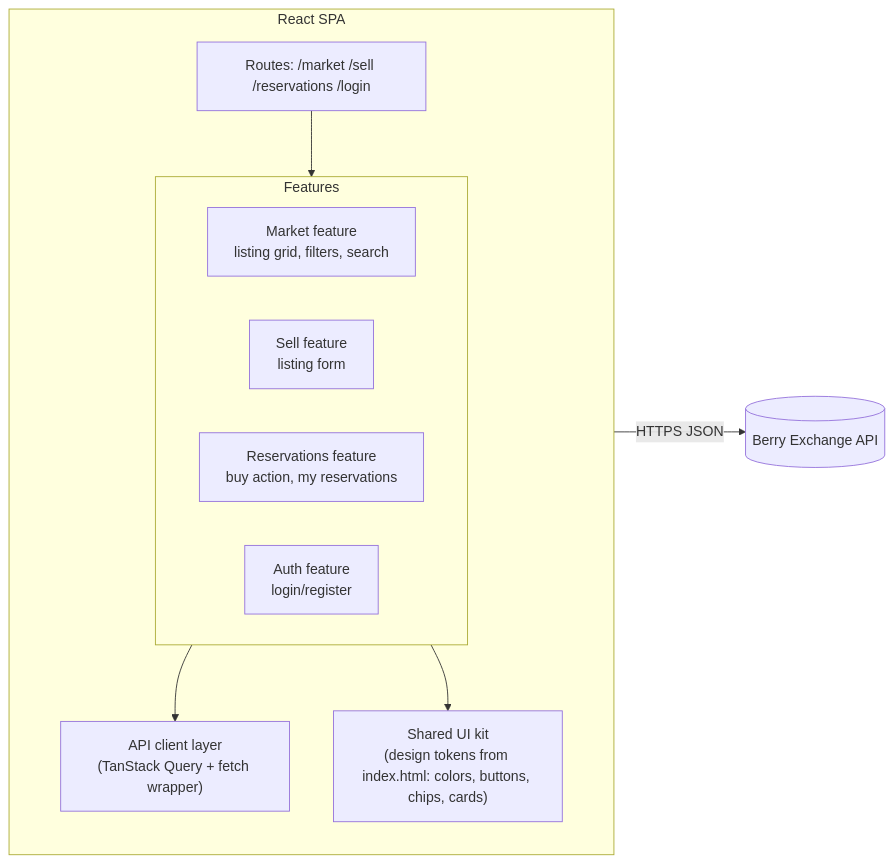
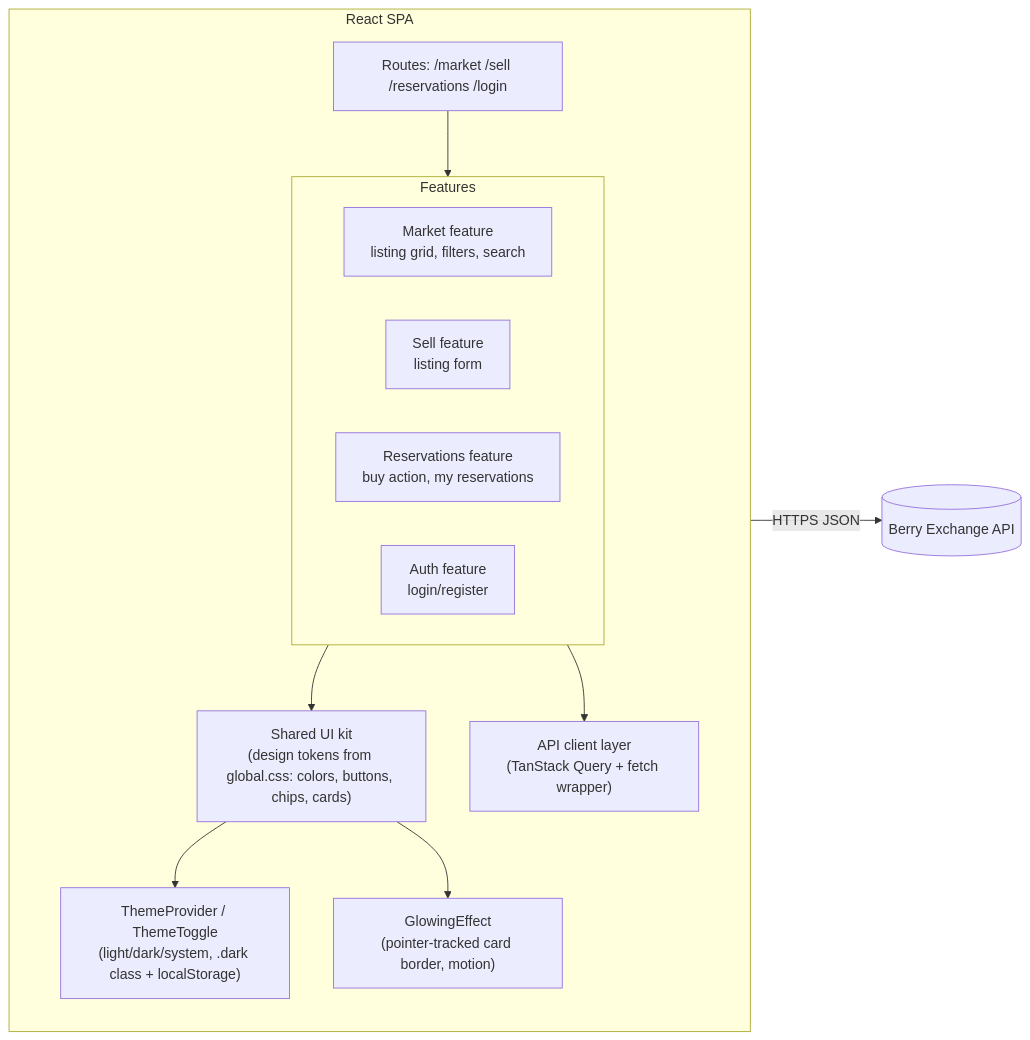
Before and after one commit to Nazarii-Mandiak/BerryMarketplace: the diagram in docs/architecture/component-frontend.mmd, drawn with Mermaid. The commit also changed 5 other files, not shown here.

First line of the commit message:
Add the glowing-border card effect component

```diff
--- a/docs/architecture/component-frontend.mmd
+++ b/docs/architecture/component-frontend.mmd
@@ -1,20 +1,24 @@
 %% Berry Exchange — C4 Level 3: Components inside the SPA container
 graph LR
     subgraph SPA["React SPA"]
         direction TB
         Routes["Routes: /market /sell /reservations /login"]
         subgraph Features
             Market["Market feature<br/>listing grid, filters, search"]
             Sell["Sell feature<br/>listing form"]
             Reservations["Reservations feature<br/>buy action, my reservations"]
             Auth["Auth feature<br/>login/register"]
         end
         ApiClient["API client layer<br/>(TanStack Query + fetch wrapper)"]
-        UI["Shared UI kit<br/>(design tokens from index.html: colors, buttons, chips, cards)"]
+        UI["Shared UI kit<br/>(design tokens from global.css: colors, buttons, chips, cards)"]
+        Theme["ThemeProvider / ThemeToggle<br/>(light/dark/system, .dark class + localStorage)"]
+        Glow["GlowingEffect<br/>(pointer-tracked card border, motion)"]
     end
     API[("Berry Exchange API")]
 
     Routes --> Features
     Features --> ApiClient
     Features --> UI
+    UI --> Theme
+    UI --> Glow
     ApiClient -->|"HTTPS JSON"| API
```
